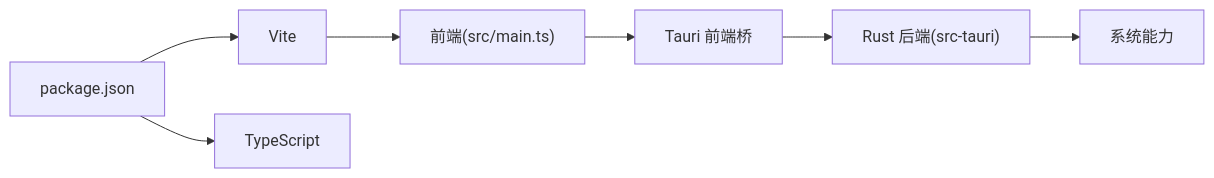
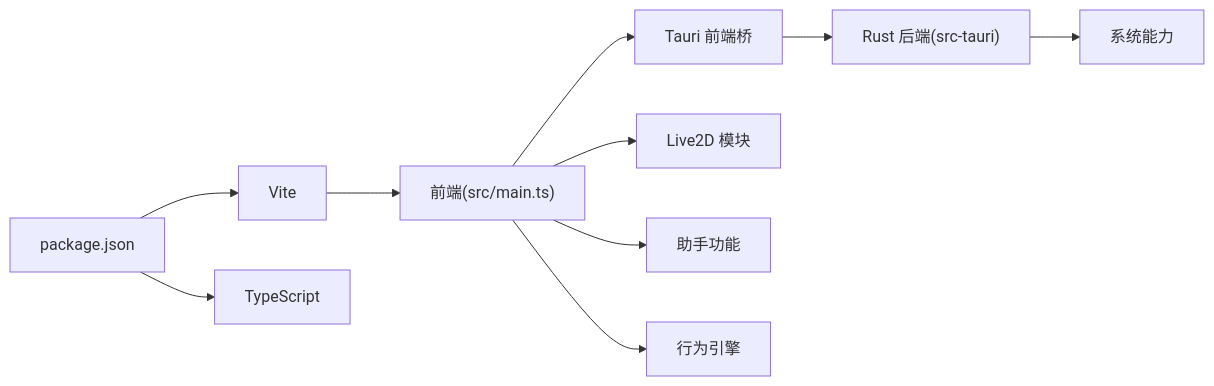
The third of 3 diagrams in .qoder/repowiki/zh/content/快速开始.md (Wumiu/Petra), drawn with Mermaid before and after one commit. The commit also changed other lines of this file and 58 other files, not shown here.

Commit message:
chore: 更新应用图标

````diff
--- a/.qoder/repowiki/zh/content/快速开始.md
+++ b/.qoder/repowiki/zh/content/快速开始.md
@@ -202,9 +258,12 @@
 ```mermaid
 graph LR
 P["package.json"] --> V["Vite"]
 P --> TS["TypeScript"]
 V --> FE["前端(src/main.ts)"]
 FE --> T["Tauri 前端桥"]
 T --> R["Rust 后端(src-tauri)"]
 R --> S["系统能力"]
+FE --> L["Live2D 模块"]
+FE --> A["助手功能"]
+FE --> B["行为引擎"]
 ```
````
